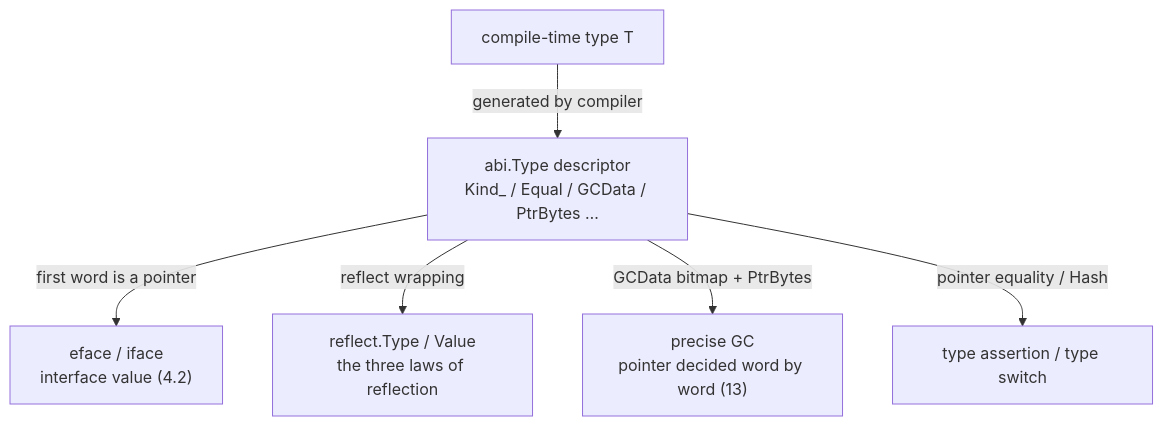
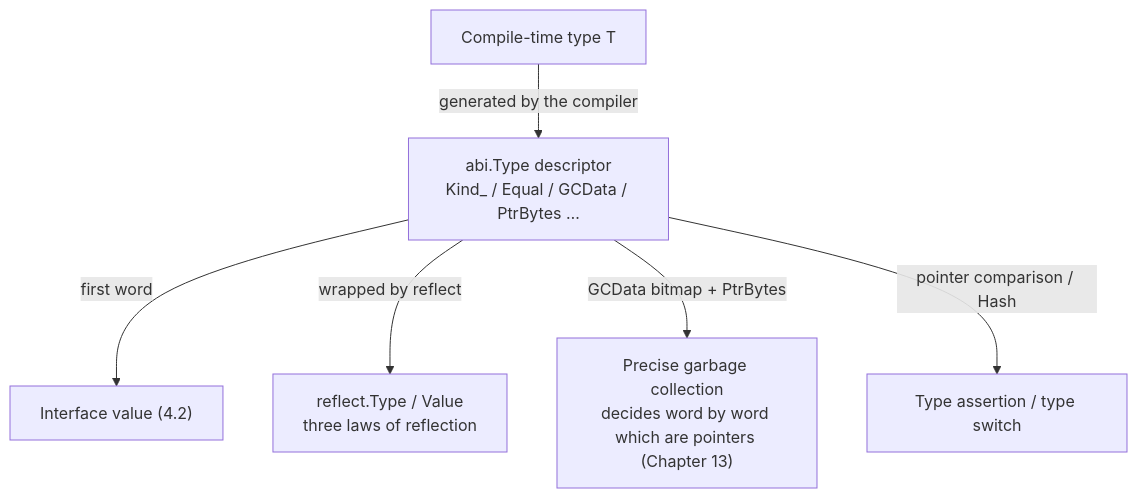
Before and after one commit to golang-design/under-the-hood: the diagram in book/en-us/part2lang/ch04type/type.md, drawn with Mermaid. The commit also changed other lines of this file and 24 other files, not shown here.

````diff
--- a/book/en-us/part2lang/ch04type/type.md
+++ b/book/en-us/part2lang/ch04type/type.md
@@ -129,8 +276,8 @@
 ```mermaid
 flowchart TD
-    SRC["compile-time type T"] -->|generated by compiler| DESC["abi.Type descriptor<br/>Kind_ / Equal / GCData / PtrBytes …"]
-    DESC -->|first word is a pointer| EFACE["eface / iface<br/>interface value (4.2)"]
-    DESC -->|reflect wrapping| REFLECT["reflect.Type / Value<br/>the three laws of reflection"]
-    DESC -->|GCData bitmap + PtrBytes| GC["precise GC<br/>pointer decided word by word (13)"]
-    DESC -->|pointer equality / Hash| SW["type assertion / type switch"]
+    SRC["Compile-time type T"] -->|generated by the compiler| DESC["abi.Type descriptor<br/>Kind_ / Equal / GCData / PtrBytes …"]
+    DESC -->|first word| EFACE["Interface value (4.2)"]
+    DESC -->|wrapped by reflect| REFLECT["reflect.Type / Value<br/>three laws of reflection"]
+    DESC -->|GCData bitmap + PtrBytes| GC["Precise garbage collection<br/>decides word by word which are pointers (Chapter 13)"]
+    DESC -->|pointer comparison / Hash| SW["Type assertion / type switch"]
 ```
````
